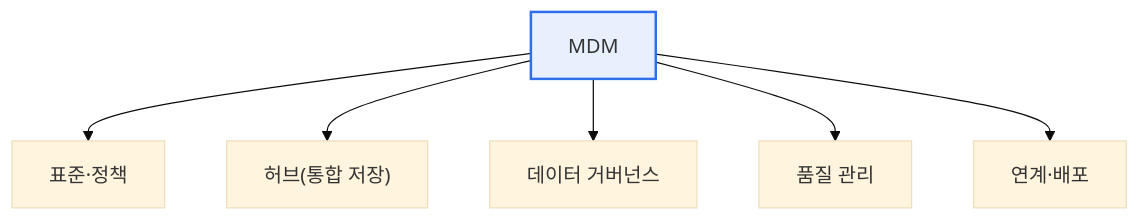
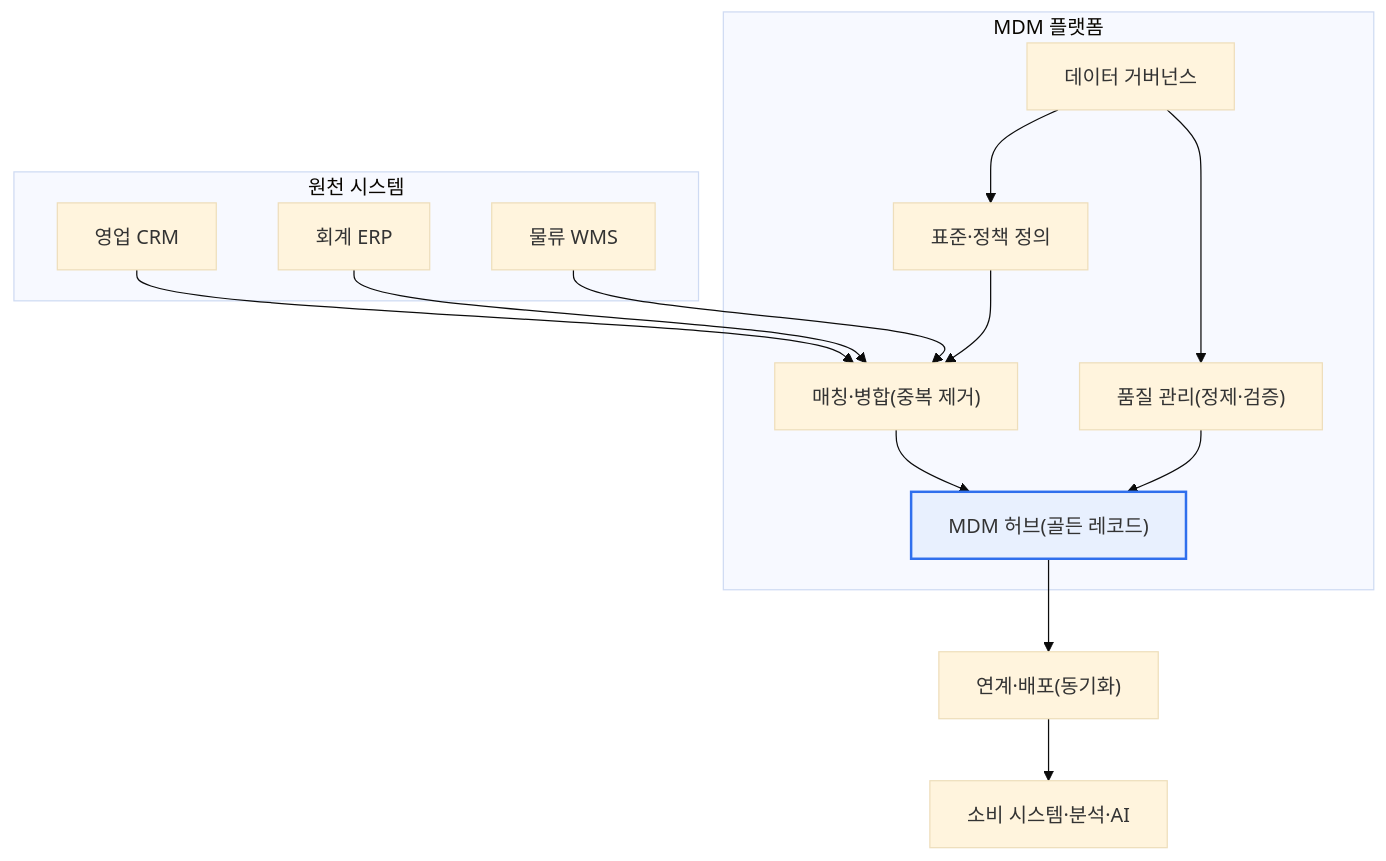
The first of 2 diagrams in content/master-data-management.md (coninggu/wjdqhrhksflrltnftk), drawn with Mermaid (base theme) before and after one commit. The commit also changed other lines of this file and 3 other files, not shown here.

Commit message:
Deepen 마스터 데이터 관리(MDM), 소프트웨어 결합도(Coupling)의 종류 (auto)

````diff
--- a/content/master-data-management.md
+++ b/content/master-data-management.md
@@ -15,9 +21,26 @@
 ```mermaid
 flowchart TB
-  MDM[MDM] --> S[표준·정책]
-  MDM --> H["허브(통합 저장)"]
-  MDM --> G[데이터 거버넌스]
-  MDM --> Q[품질 관리]
-  MDM --> I[연계·배포]
-  style MDM fill:#e8f0fe,stroke:#2f6fed,stroke-width:2px
+  subgraph SRC["원천 시스템"]
+    CRM[영업 CRM]
+    ERP[회계 ERP]
+    WMS[물류 WMS]
+  end
+  subgraph MDM["MDM 플랫폼"]
+    STD[표준·정책 정의]
+    MATCH["매칭·병합(중복 제거)"]
+    HUB["MDM 허브(골든 레코드)"]
+    QLT["품질 관리(정제·검증)"]
+    GOV[데이터 거버넌스]
+  end
+  CRM --> MATCH
+  ERP --> MATCH
+  WMS --> MATCH
+  STD --> MATCH
+  MATCH --> HUB
+  QLT --> HUB
+  GOV --> STD
+  GOV --> QLT
+  HUB --> DIST["연계·배포(동기화)"]
+  DIST --> CONS["소비 시스템·분석·AI"]
+  style HUB fill:#e8f0fe,stroke:#2f6fed,stroke-width:2px
 ```
````
